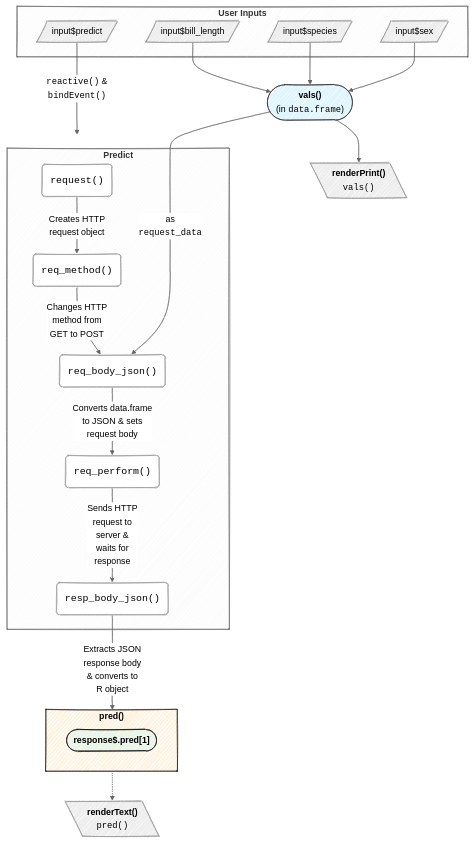
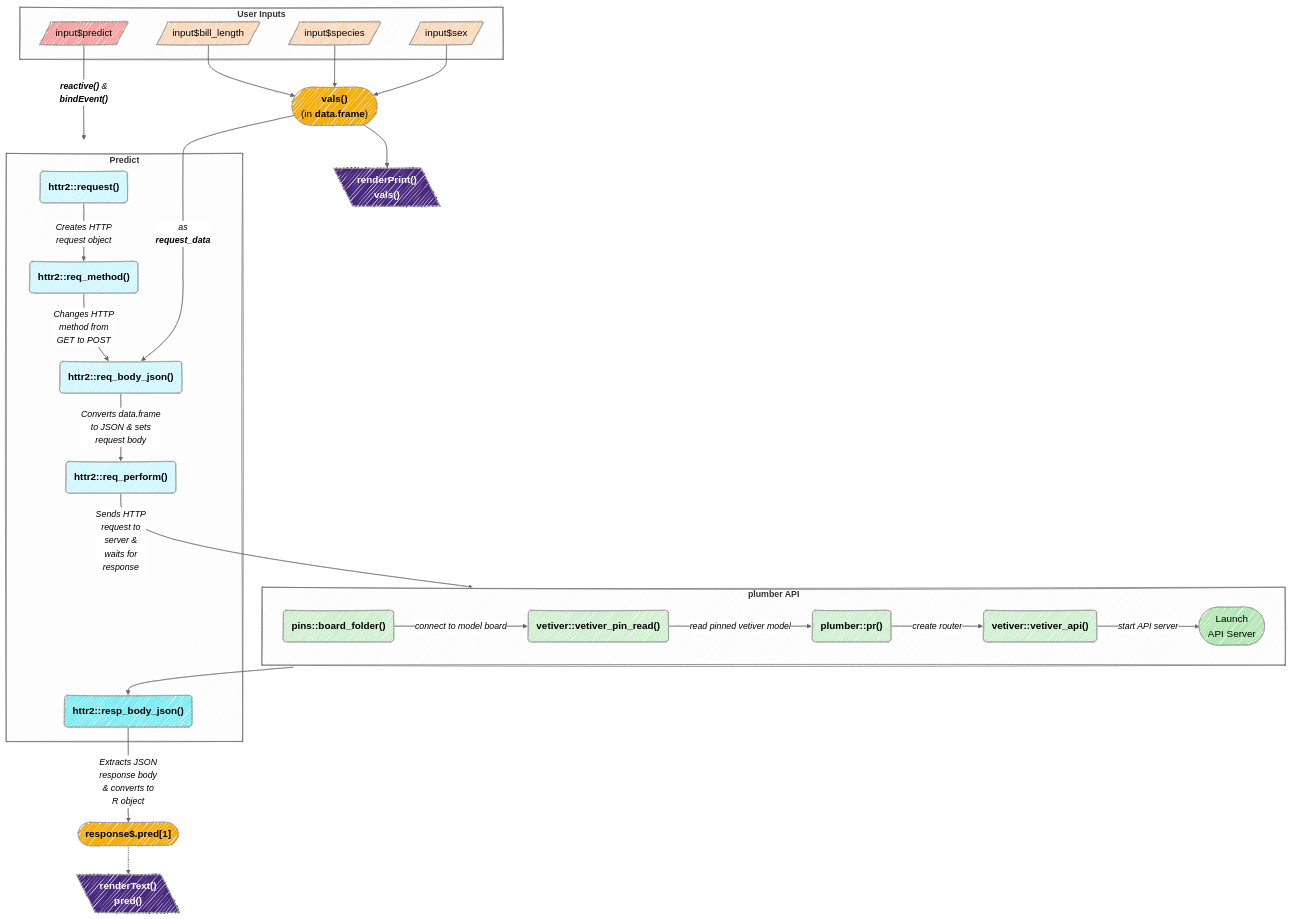
One commit to mjfrigaard/do4ds-labs changed the sixth of 10 diagrams in r-app-api.qmd. Above: the diagram before and after it, drawn with Mermaid. The commit also changed other lines of this file and 34 other files, not shown here.

Commit message:
updates to mermaid

````diff
--- a/r-app-api.qmd
+++ b/r-app-api.qmd
@@ -482,49 +482,80 @@
 ```{mermaid}
 %%| fig-cap: 'Input Dependencies'
 %%| fig-align: center
 %%{init: {'theme': 'neutral', 'look': 'handDrawn', 'themeVariables': { 'fontFamily': 'monospace', "fontSize":"16px"}}}%%
+
 graph TD
     subgraph Inputs["<strong>User Inputs</strong>"]
     I1[/"input$bill_length"/]
     I2[/"input$species"/]
     I3[/"input$sex"/]
     I4[/"input$predict"/]
     end
+    
+    %% Style for inputs %%
+    style I1 fill:#fdd9bb,color:#000,font-size:18px
+    style I2 fill:#fdd9bb,color:#000,font-size:18px
+    style I3 fill:#fdd9bb,color:#000,font-size:18px
+    style I4 fill:#f9a0a0,color:#000,font-size:18px
+    
+
+    subgraph API["<strong>plumber API</strong>"]
+      ModBoard("<strong>pins::board_folder()</strong>")
+      ModPin("<strong>vetiver::vetiver_pin_read()</strong>")
+      ModRout("<strong>plumber::pr()</strong>") 
+      ModApi("<strong>vetiver::vetiver_api()</strong>") 
+      ApiServ(["Launch<br>API Server"])
+      ModBoard --"<em>connect to model board</em>"--> ModPin 
+      ModPin --"<em>read pinned vetiver model</em>"--> ModRout 
+      ModRout --"<em>create router</em>"--> ModApi 
+      ModApi --"<em>start API server</em>"--> ApiServ
+    end
+
+    %% Style for API %%
+    style ModBoard fill:#d1f0d2,color:#000,font-size:18px
+    style ModPin fill:#d1f0d2,color:#000,font-size:18px
+    style ModRout fill:#d1f0d2,color:#000,font-size:18px
+    style ModApi fill:#d1f0d2,color:#000,font-size:18px
+    style ApiServ fill:#b3e7b4,font-size:18px
 
     subgraph Pred["<strong>Predict</strong>"]
-        Req("<code>request()</code>") --"Creates HTTP<br>request object"--> Meth("<code>req_method()</code>")
-        Meth --"Changes HTTP<br>method from<br>GET to POST"--> BodyJson1("<code>req_body_json()</code>")
-        BodyJson1 --"Converts data.frame<br>to JSON & sets<br>request body"--> Perform("<code>req_perform()</code>")
-        Perform --"Sends HTTP<br>request to<br>server &<br>waits for<br>response"--> BodyJson2("<code>resp_body_json()</code>")
+        Req("<strong>httr2::request()</strong>") --"<em>Creates HTTP<br>request object</em>"--> Meth("<strong>httr2::req_method()</strong>")
+        Meth --"<em>Changes HTTP<br>method from<br>GET to POST</em>"--> BodyJson1("<strong>httr2::req_body_json()</strong>")
+        BodyJson1 --"<em>Converts data.frame<br>to JSON & sets<br>request body</em>"--> Perform("<strong>httr2::req_perform()</strong>")
+        BodyJson2("<strong>httr2::resp_body_json()</strong>")
     end
 
-    subgraph PredReact["<strong>pred()</strong>"]
-        Res(["<strong>response$.pred[1]</strong>"])
-    end
-    
-    ValsReact(["<strong>vals()</strong><br>(in <code>data.frame</code>)"])
-    BodyJson2 --"Extracts JSON<br>response body<br>& converts to<br>R object"--> PredReact
+    %% Style for httr2 %%
+    style Req fill:#d1f7ff,color:#000,rx:20,ry:20,font-size:18px
+    style Meth fill:#d1f7ff,color:#000,rx:20,ry:20,font-size:18px
+    style BodyJson1 fill:#d1f7ff,color:#000,rx:20,ry:20,font-size:18px
+    style Perform fill:#d1f7ff,color:#000,rx:20,ry:20,font-size:18px
+    style BodyJson2 fill:#82ecf3,color:#000,rx:20,ry:20,font-size:18px
+
+    Perform --"<em>Sends HTTP<br>request to<br>server &<br>waits for<br>response</em>"--> API 
+    API --> BodyJson2
+   
+    Res(["<strong>response$.pred[1]</strong>"])
+    ValsReact(["<strong>vals()</strong><br>(in <strong>data.frame</strong>)"])
+
+    %% Style for reactives %%
+    style Res fill:#f6ae0e,color:#000,font-size:18px
+    style ValsReact fill:#f6ae0e,color:#000,font-size:18px
+
+    BodyJson2 --"<em>Extracts JSON<br>response body<br>& converts to<br>R object</em>"--> Res
     
     I1 --> ValsReact
     I2 --> ValsReact
     I3 --> ValsReact
-    I4 --"<code>reactive()</code> & <br><code>bindEvent()</code>"---> Pred
+    I4 --"<em><strong>reactive()</strong> & <br><strong>bindEvent()</strong></em>"---> Pred
     
-    ValsReact --"as<br><code>request_data</code>"--> BodyJson1
-    ValsReact --> RenPrnt[\"<strong>renderPrint()</strong><br><code>vals()</code>"\]
-    PredReact -.-> RenTxt[\"<strong>renderText()</strong><br><code>pred()</code>"\]
+    ValsReact --"<em>as<br><strong>request_data</strong></em>"--> BodyJson1
+    
+    ValsReact --> RenPrnt[\"<strong>renderPrint()</strong><br><strong>vals()</strong>"\]
+    Res -.-> RenTxt[\"<strong>renderText()</strong><br><strong>pred()</strong>"\]
+    
+    style RenTxt fill:#49297e,color:#fff,font-size:18px
+    style RenPrnt fill:#49297e,color:#fff,font-size:18px
 
-    %% Style for functions %%
-    style Req fill:#FFF,color:#000,rx:20,ry:20,font-size:18px
-    style Meth fill:#FFF,color:#000,rx:20,ry:20,font-size:18px
-    style BodyJson1 fill:#FFF,color:#000,rx:20,ry:20,font-size:18px
-    style Perform fill:#FFF,color:#000,rx:20,ry:20,font-size:18px
-    style BodyJson2 fill:#FFF,color:#000,rx:20,ry:20,font-size:18px
-    
-    %% Style for reactives %%
-    style ValsReact fill:#e1f5fe,stroke:#000,color:#000,stroke-width:1px,rx:10,ry:10,font-size:16px
-    style PredReact fill:#fff3e0,stroke:#000,color:#000,stroke-width:1px,rx:10,ry:10,font-size:16px
-    
-    %% Style for result %%
-    style Res fill:#e8f5e8,stroke:#000,color:#000
+
 ```
````
